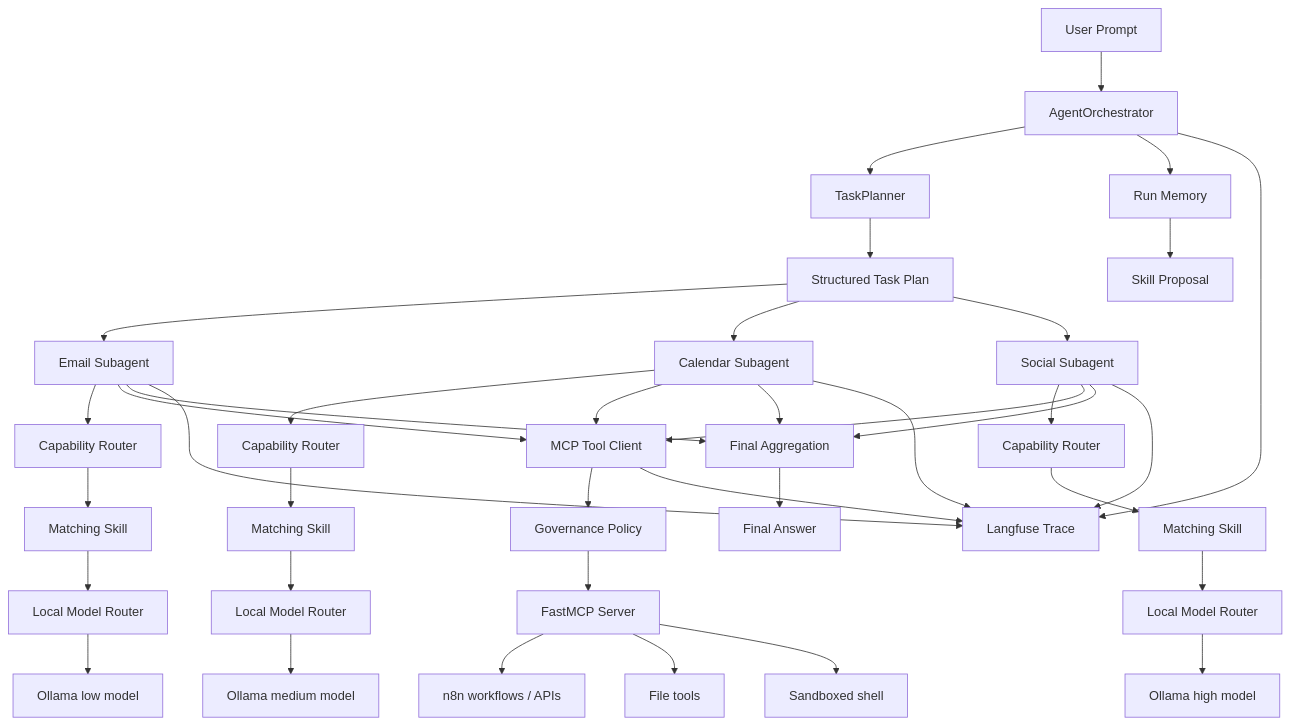
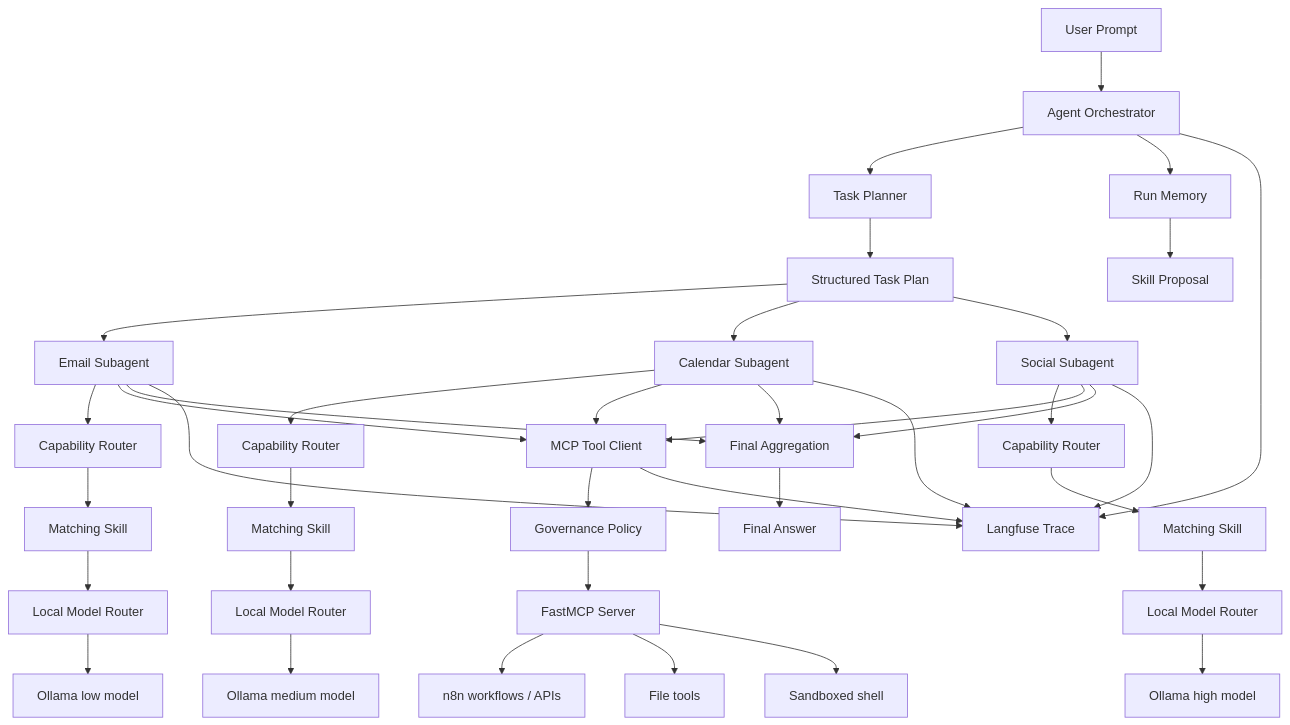
Before and after one commit to adityas2410/ReAct_Agent: the diagram in README.md, drawn with Mermaid. The commit also changed other lines of this file, not shown here.

````diff
--- a/README.md
+++ b/README.md
@@ -50,50 +48,50 @@
 ```mermaid
 flowchart TD
-    U[User Prompt] --> O[AgentOrchestrator]
-    O --> P[TaskPlanner]
+    U[User Prompt] --> O[Agent Orchestrator]
+    O --> P[Task Planner]
     P --> T[Structured Task Plan]
 
     T --> SA1[Email Subagent]
     T --> SA2[Calendar Subagent]
     T --> SA3[Social Subagent]
 
     SA1 --> CR1[Capability Router]
     SA2 --> CR2[Capability Router]
     SA3 --> CR3[Capability Router]
 
     CR1 --> SK1[Matching Skill]
     CR2 --> SK2[Matching Skill]
     CR3 --> SK3[Matching Skill]
 
     SK1 --> MR1[Local Model Router]
     SK2 --> MR2[Local Model Router]
     SK3 --> MR3[Local Model Router]
 
     MR1 --> OL1[Ollama low model]
     MR2 --> OL2[Ollama medium model]
     MR3 --> OL3[Ollama high model]
 
     SA1 --> MCP[MCP Tool Client]
     SA2 --> MCP
     SA3 --> MCP
 
     MCP --> GOV[Governance Policy]
     GOV --> MS[FastMCP Server]
     MS --> N8N[n8n workflows / APIs]
     MS --> FS[File tools]
     MS --> SH[Sandboxed shell]
 
     SA1 --> AGG[Final Aggregation]
     SA2 --> AGG
     SA3 --> AGG
     AGG --> OUT[Final Answer]
 
     O --> MEM[Run Memory]
     MEM --> PROP[Skill Proposal]
 
     O --> LF[Langfuse Trace]
     SA1 --> LF
     SA2 --> LF
     SA3 --> LF
     MCP --> LF
 ```
````
